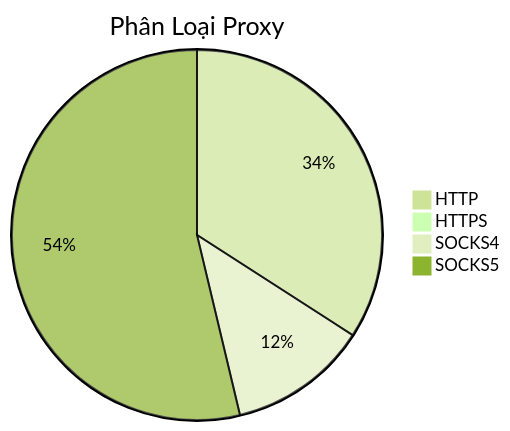
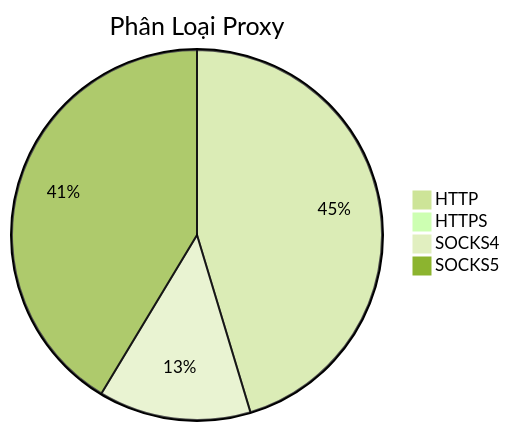
The diagram in README.md (Ciara-Aa/PROXY-free), drawn with Mermaid (forest theme) before and after one commit. The commit also changed other lines of this file and 4 other files, not shown here.

````diff
--- a/README.md
+++ b/README.md
@@ -26,7 +26,7 @@
 ```mermaid
 pie title Phân Loại Proxy
-    "HTTP" : 891
-    "HTTPS" : 2
-    "SOCKS4" : 318
-    "SOCKS5" : 1404
+    "HTTP" : 934
+    "HTTPS" : 4
+    "SOCKS4" : 274
+    "SOCKS5" : 852
 ```
````
